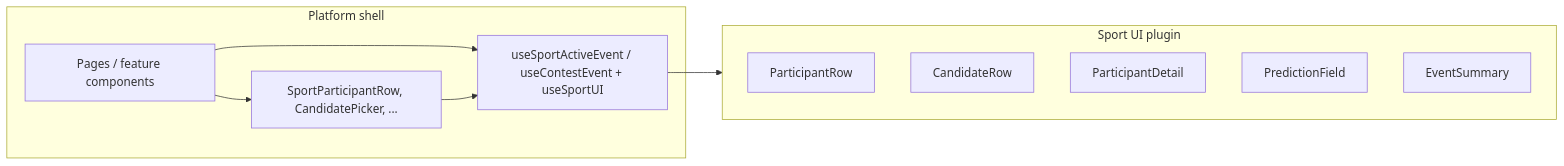
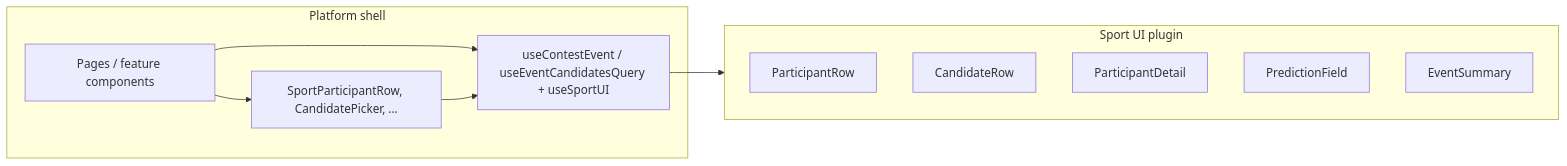
Before and after one commit to MagRelo/cut: the diagram in spec/client/sport-ui-plugins.md, drawn with Mermaid. The commit also changed other lines of this file and 34 other files, not shown here.

````diff
--- a/spec/client/sport-ui-plugins.md
+++ b/spec/client/sport-ui-plugins.md
@@ -11,19 +11,19 @@
 ```mermaid
 flowchart LR
   subgraph platform [Platform shell]
     Page[Pages / feature components]
-    Hook[useSportActiveEvent / useContestEvent + useSportUI]
+    Hook[useContestEvent / useEventCandidatesQuery + useSportUI]
     Shell[SportParticipantRow, CandidatePicker, ...]
   end
   subgraph plugin [Sport UI plugin]
     PR[ParticipantRow]
     CR[CandidateRow]
     PD[ParticipantDetail]
     PF[PredictionField]
     ES[EventSummary]
   end
   Page --> Hook
   Page --> Shell
   Shell --> Hook
   Hook --> plugin
 ```
````
